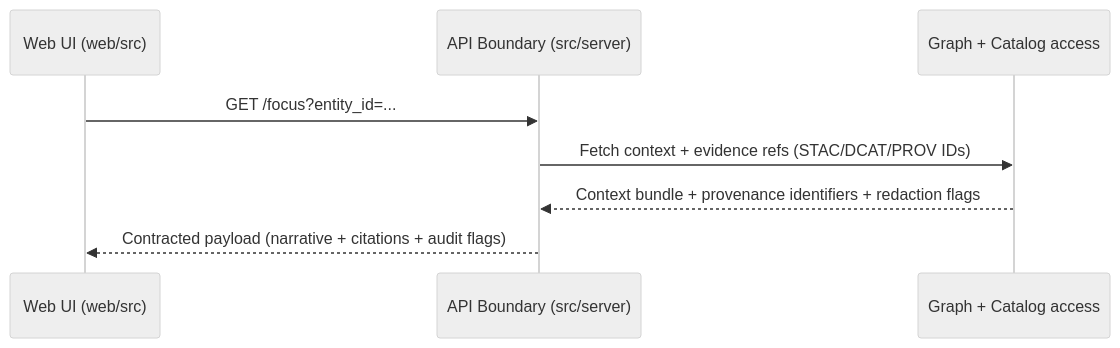
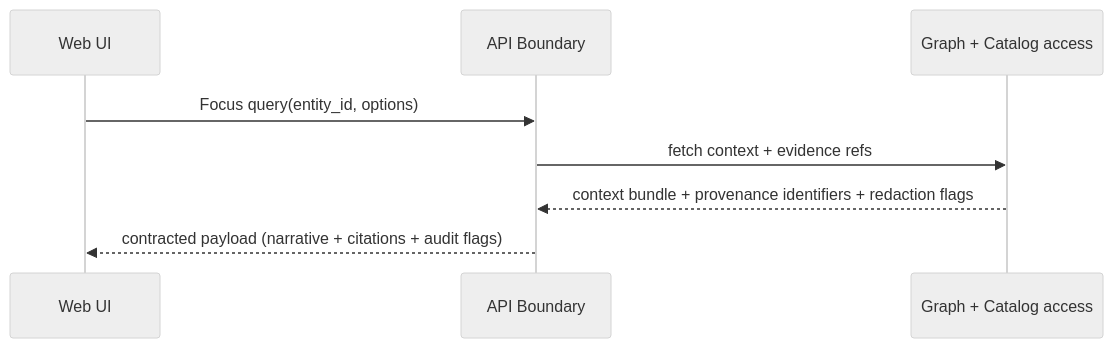
Before and after one commit to bartytime4life/Kansas-Frontier-Matrix: the second of 2 diagrams in web/src/README.md, drawn with Mermaid (neutral theme). The commit also changed other lines of this file, not shown here.

```diff
--- a/web/src/README.md
+++ b/web/src/README.md
@@ -199,11 +225,11 @@
 ~~~mermaid
 sequenceDiagram
-  participant UI as Web UI (web/src)
-  participant API as API Boundary (src/server)
+  participant UI as Web UI
+  participant API as API Boundary
   participant Graph as Graph + Catalog access
 
-  UI->>API: GET /focus?entity_id=...
-  API->>Graph: Fetch context + evidence refs (STAC/DCAT/PROV IDs)
-  Graph-->>API: Context bundle + provenance identifiers + redaction flags
-  API-->>UI: Contracted payload (narrative + citations + audit flags)
+  UI->>API: Focus query(entity_id, options)
+  API->>Graph: fetch context + evidence refs
+  Graph-->>API: context bundle + provenance identifiers + redaction flags
+  API-->>UI: contracted payload (narrative + citations + audit flags)
 ~~~
```
